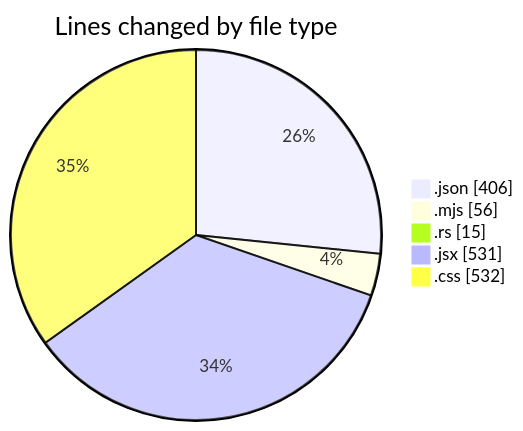
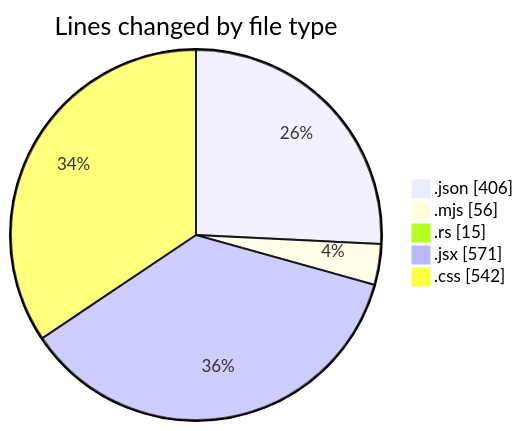
The first of 2 diagrams in 2025-01-28/trollerboard/README.md (charlie-sans/code-tracking), drawn with Mermaid before and after one commit. The commit also changed other lines of this file and 1 other file, not shown here.

````diff
--- a/2025-01-28/trollerboard/README.md
+++ b/2025-01-28/trollerboard/README.md
@@ -25,9 +25,9 @@
 ```mermaid
 pie showData
 title Lines changed by file type
 ".json" : 406
 ".mjs" : 56
 ".rs" : 15
-".jsx" : 531
-".css" : 532
+".jsx" : 571
+".css" : 542
 ```
````
